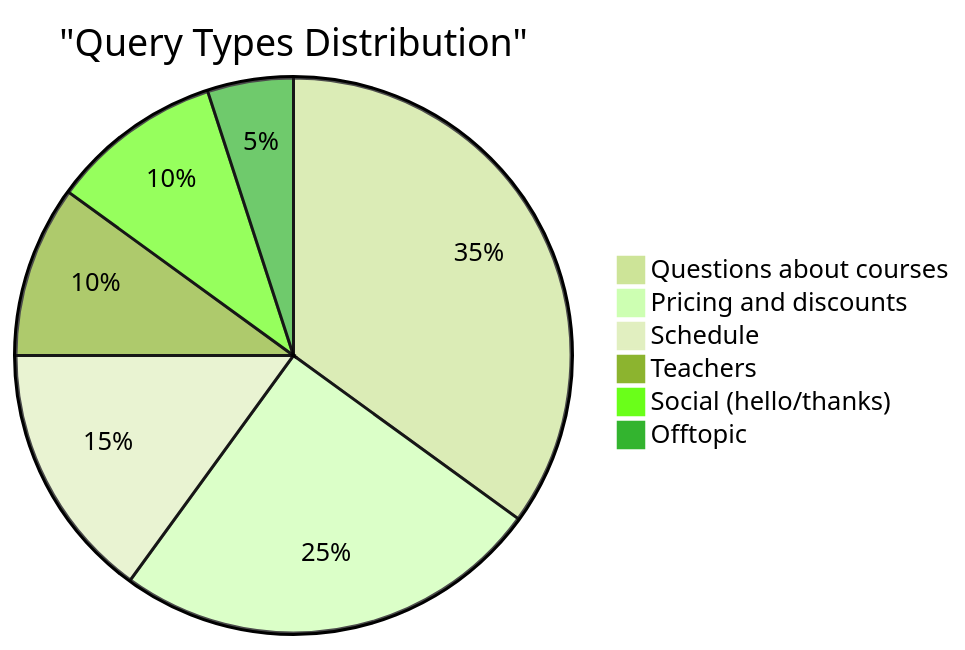
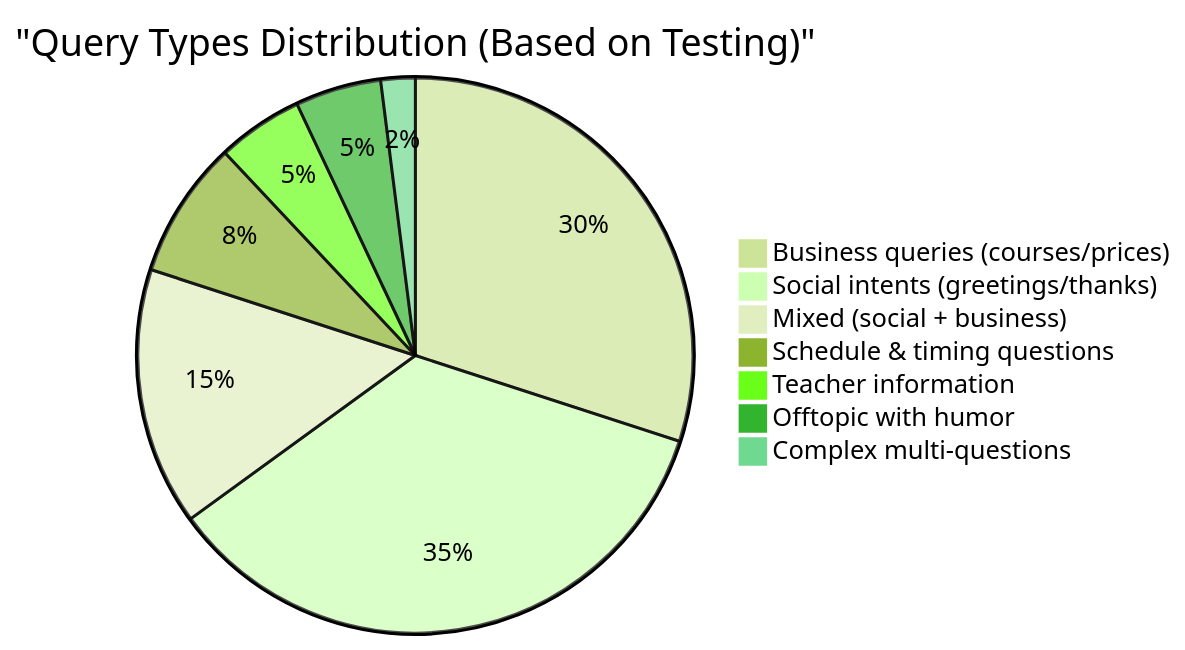
One commit to shao3d/Ukido_DynContInj changed the fourth of 5 diagrams in README.md. Above: the diagram before and after it, drawn with Mermaid (forest theme). The commit also changed other lines of this file and 5 other files, not shown here.

First line of the commit message:
docs: Обновлены архитектурные диаграммы до версии v0.16.1

````diff
--- a/README.md
+++ b/README.md
@@ -204,9 +267,10 @@
 ```mermaid
-pie title "Query Types Distribution"
-    "Questions about courses" : 35
-    "Pricing and discounts" : 25
-    "Schedule" : 15
-    "Teachers" : 10
-    "Social (hello/thanks)" : 10
-    "Offtopic" : 5
+pie title "Query Types Distribution (Based on Testing)"
+    "Business queries (courses/prices)" : 30
+    "Social intents (greetings/thanks)" : 35
+    "Mixed (social + business)" : 15
+    "Schedule & timing questions" : 8
+    "Teacher information" : 5
+    "Offtopic with humor" : 5
+    "Complex multi-questions" : 2
 ```
````
